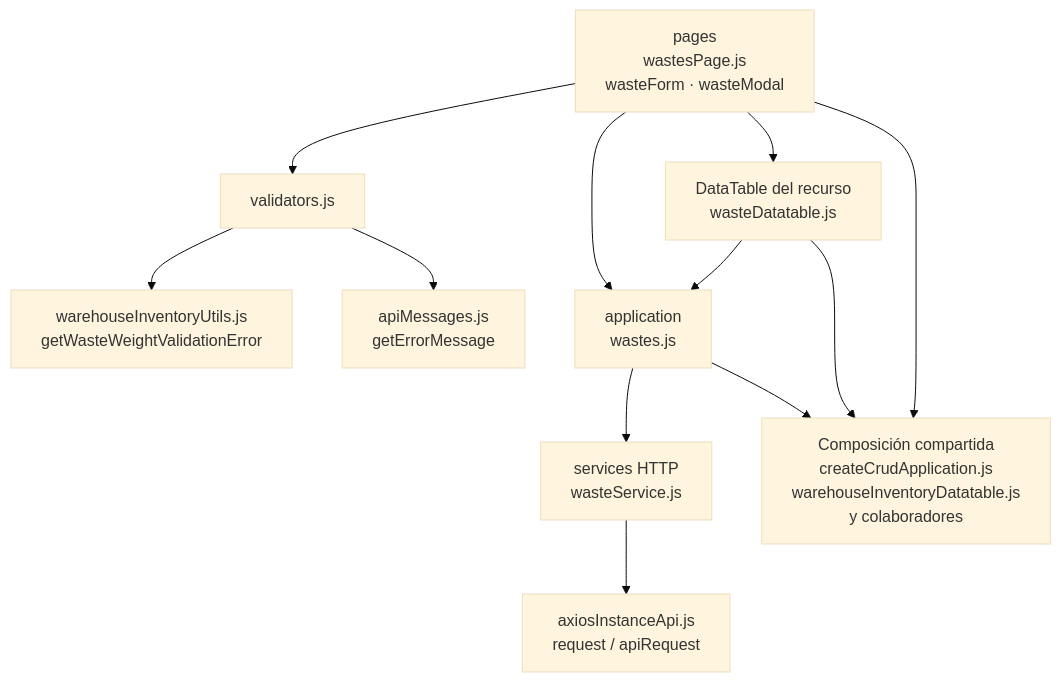
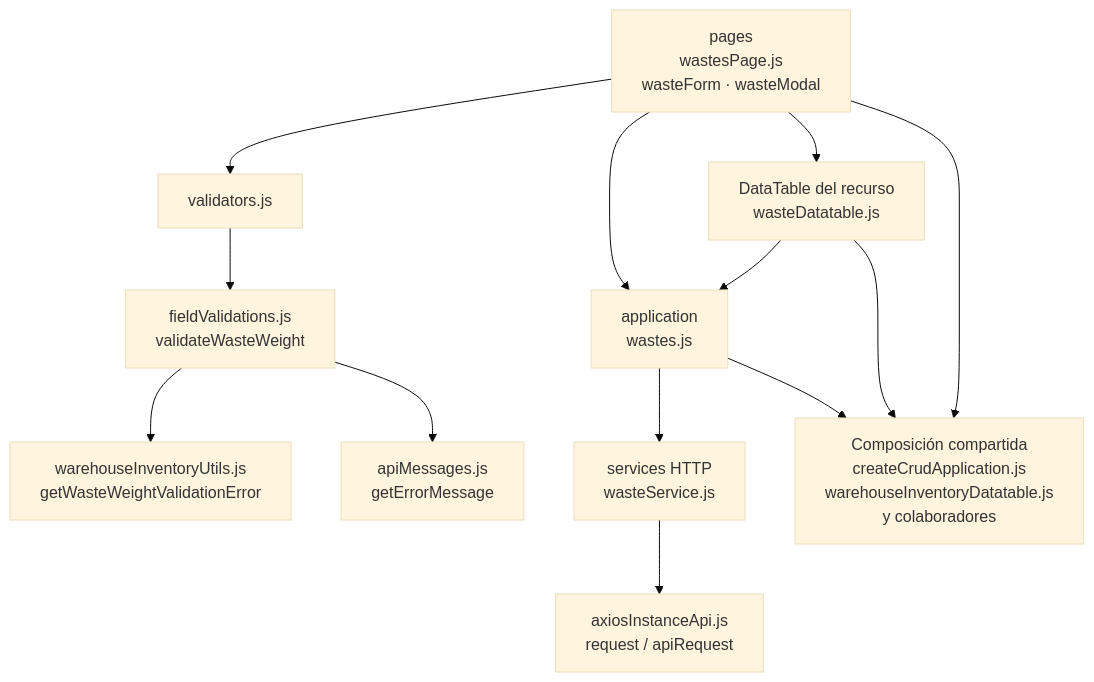
Before and after one commit to gpgsistemas01/nexus: the diagram in docs/architecture/views/development/frontend-technical-documentation/11-wastes-code.md, drawn with Mermaid (base theme). The commit also changed other lines of this file and 30 other files, not shown here.

Commit message:
Limit roll waste unit weight to 100 kg and align form validation

````diff
--- a/docs/architecture/views/development/frontend-technical-documentation/11-wastes-code.md
+++ b/docs/architecture/views/development/frontend-technical-documentation/11-wastes-code.md
@@ -7,23 +7,25 @@
 ```mermaid
 flowchart TB
     P["pages<br/>wastesPage.js<br/>wasteForm · wasteModal"]
     A["application<br/>wastes.js"]
     R["services HTTP<br/>wasteService.js"]
     T["DataTable del recurso<br/>wasteDatatable.js"]
     U["Composición compartida<br/>createCrudApplication.js<br/>warehouseInventoryDatatable.js<br/>y colaboradores"]
     Validation["validators.js"]
+    FieldValidation["fieldValidations.js<br/>validateWasteWeight"]
     WeightRule["warehouseInventoryUtils.js<br/>getWasteWeightValidationError"]
     Messages["apiMessages.js<br/>getErrorMessage"]
     H["axiosInstanceApi.js<br/>request / apiRequest"]
     A --> R
     A --> U
     P --> Validation
-    Validation --> WeightRule
-    Validation --> Messages
+    Validation --> FieldValidation
+    FieldValidation --> WeightRule
+    FieldValidation --> Messages
     P --> A
     P --> T
     P --> U
     R --> H
     T --> A
     T --> U
 ```
````
